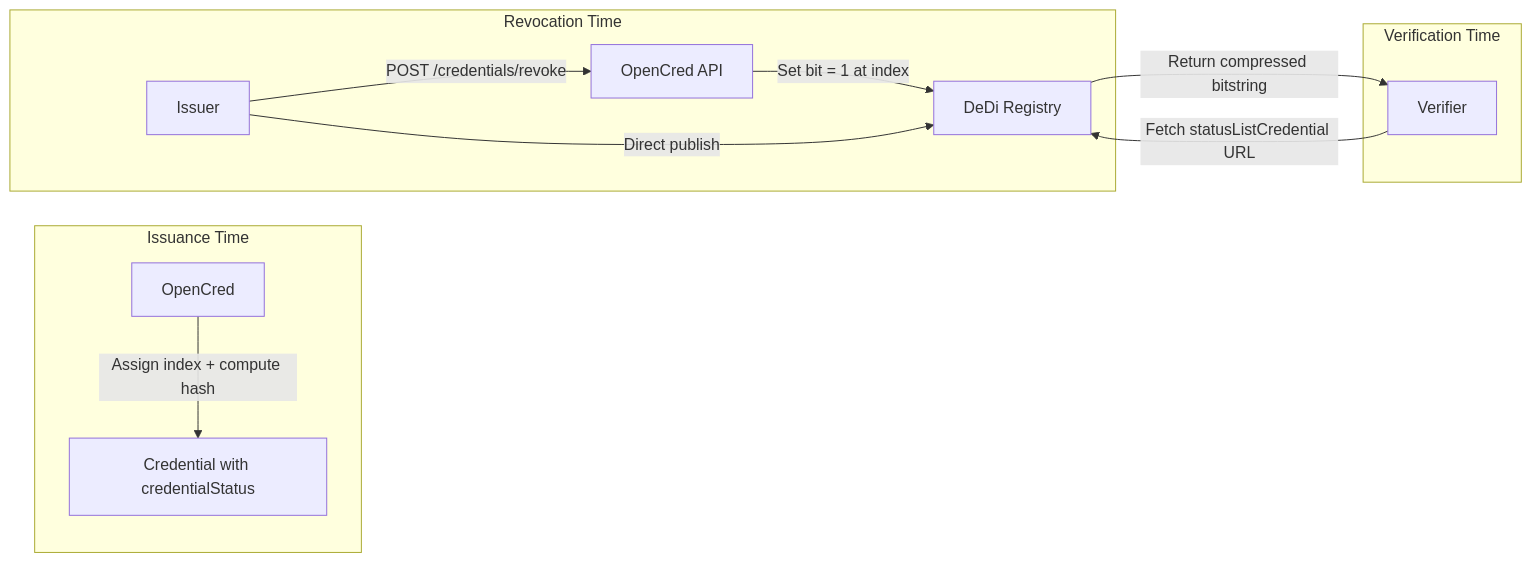
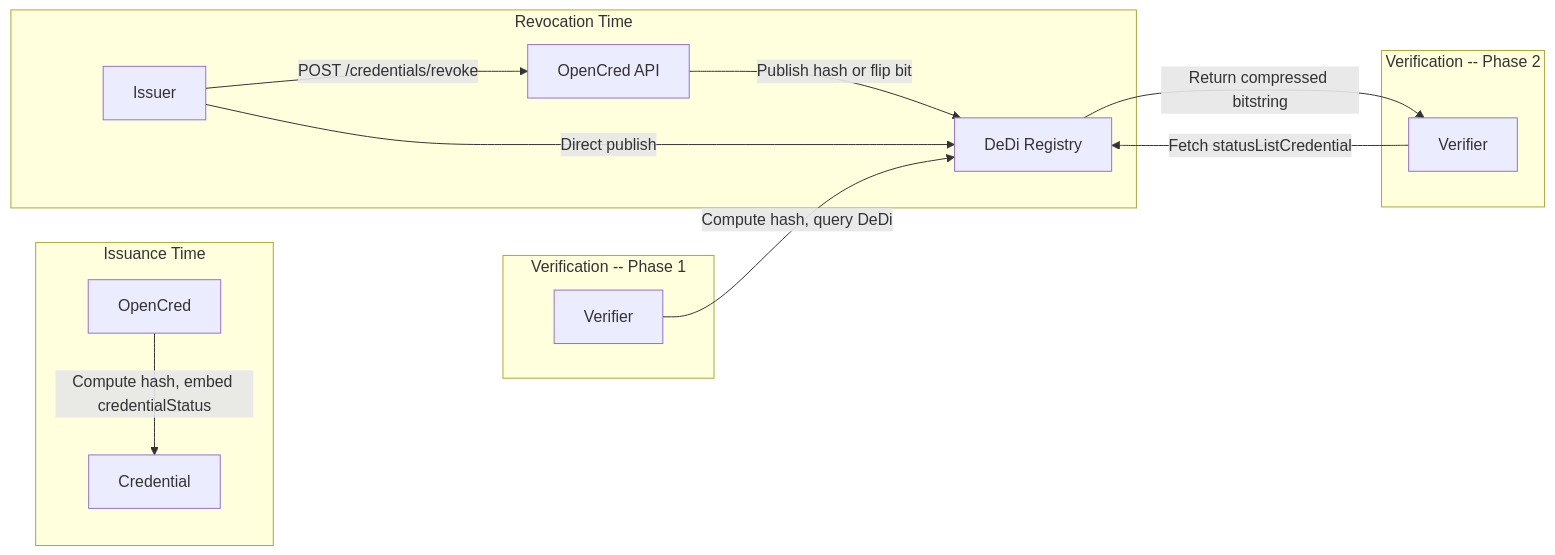
Before and after one commit to nfh-trust-labs/opencred: the sixth of 9 diagrams in OpenCred_PRD.md, drawn with Mermaid. The commit also changed other lines of this file, not shown here.

````diff
--- a/OpenCred_PRD.md
+++ b/OpenCred_PRD.md
@@ -391,15 +409,18 @@
 ```mermaid
 flowchart LR
     subgraph issuance [Issuance Time]
-        A[OpenCred] -->|"Assign index + compute hash"| B[Credential with credentialStatus]
+        A[OpenCred] -->|"Compute hash, embed credentialStatus"| B[Credential]
     end
     subgraph revocation [Revocation Time]
         C[Issuer] -->|"POST /credentials/revoke"| D[OpenCred API]
-        D -->|"Set bit = 1 at index"| E[DeDi Registry]
+        D -->|"Publish hash or flip bit"| E[DeDi Registry]
         C -->|"Direct publish"| E
     end
-    subgraph verification [Verification Time]
-        F[Verifier] -->|"Fetch statusListCredential URL"| E
-        E -->|"Return compressed bitstring"| F
+    subgraph verifyPhase1 [Verification -- Phase 1]
+        F1[Verifier] -->|"Compute hash, query DeDi"| E
+    end
+    subgraph verifyPhase2 [Verification -- Phase 2]
+        F2[Verifier] -->|"Fetch statusListCredential"| E
+        E -->|"Return compressed bitstring"| F2
     end
 ```
````
